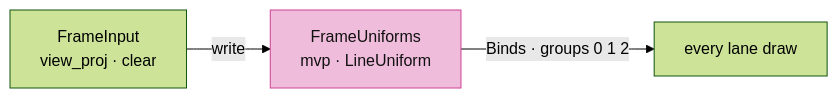
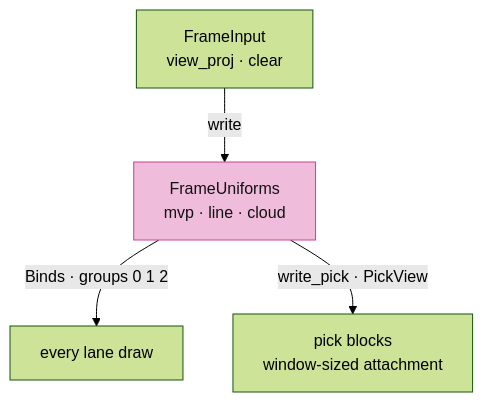
The sixth of 12 diagrams in session_viewer/docs/04a-meshes.md (petrasvestartas/session), drawn with Mermaid (forest theme) before and after one commit. The commit also changed other lines of this file and 34 other files, not shown here.

First line of the commit message:
Course: each lesson teaches its file's final form; diagrams fit the column

````diff
--- a/session_viewer/docs/04a-meshes.md
+++ b/session_viewer/docs/04a-meshes.md
@@ -132,6 +132,7 @@
 ```mermaid
-flowchart LR
-    FI["FrameInput<br/>view_proj · clear"] -- "write" --> FU["FrameUniforms<br/>mvp · LineUniform"]
+flowchart TB
+    FI["FrameInput<br/>view_proj · clear"] -- "write" --> FU["FrameUniforms<br/>mvp · line · cloud"]
     FU -- "Binds · groups 0 1 2" --> D["every lane draw"]
+    FU -- "write_pick · PickView" --> PK["pick blocks<br/>window-sized attachment"]
     style FU fill:#f0bcdb,stroke:#ce4095,color:#111
 ```
````
